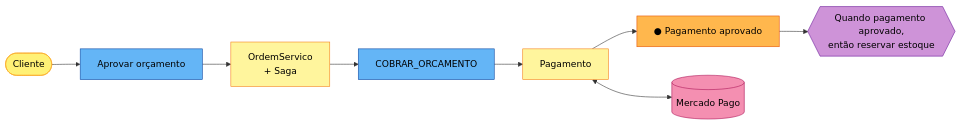
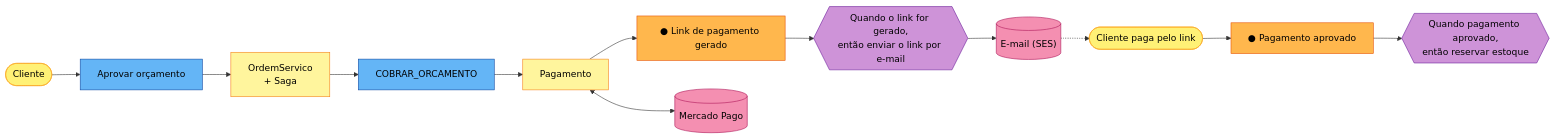
Before and after one commit to HDAdeveloper/oficina-billing-service: the third of 8 diagrams in docs/event-storming.md, drawn with Mermaid. The commit also changed other lines of this file and 21 other files, not shown here.

````diff
--- a/docs/event-storming.md
+++ b/docs/event-storming.md
@@ -72,11 +73,13 @@
 ```mermaid
 flowchart LR
-    at2(["Cliente"]):::ator --> c3["Aprovar orçamento"]:::cmd --> g3["OrdemServico<br/>+ Saga"]:::agg --> c4["COBRAR_ORCAMENTO"]:::cmd --> g4["Pagamento"]:::agg --> e2["● Pagamento aprovado"]:::ev --> p2{{"Quando pagamento aprovado,<br/>então reservar estoque"}}:::pol
+    at2(["Cliente"]):::ator --> c3["Aprovar orçamento"]:::cmd --> g3["OrdemServico<br/>+ Saga"]:::agg --> c4["COBRAR_ORCAMENTO"]:::cmd --> g4["Pagamento"]:::agg --> e1["● Link de pagamento gerado"]:::ev
     g4 <--> mp[("Mercado Pago")]:::ext
+    e1 --> p1{{"Quando o link for gerado,<br/>então enviar o link por e-mail"}}:::pol --> ses[("E-mail (SES)")]:::ext
+    ses -.-> at3(["Cliente paga pelo link"]):::ator --> e2["● Pagamento aprovado"]:::ev --> p2{{"Quando pagamento aprovado,<br/>então reservar estoque"}}:::pol
     classDef ev fill:#ffb74d,stroke:#e65100,color:#000
     classDef cmd fill:#64b5f6,stroke:#0d47a1,color:#000
     classDef ator fill:#fff176,stroke:#f9a825,color:#000
     classDef agg fill:#fff59d,stroke:#f57f17,color:#000
     classDef pol fill:#ce93d8,stroke:#6a1b9a,color:#000
     classDef ext fill:#f48fb1,stroke:#ad1457,color:#000
 ```
````
